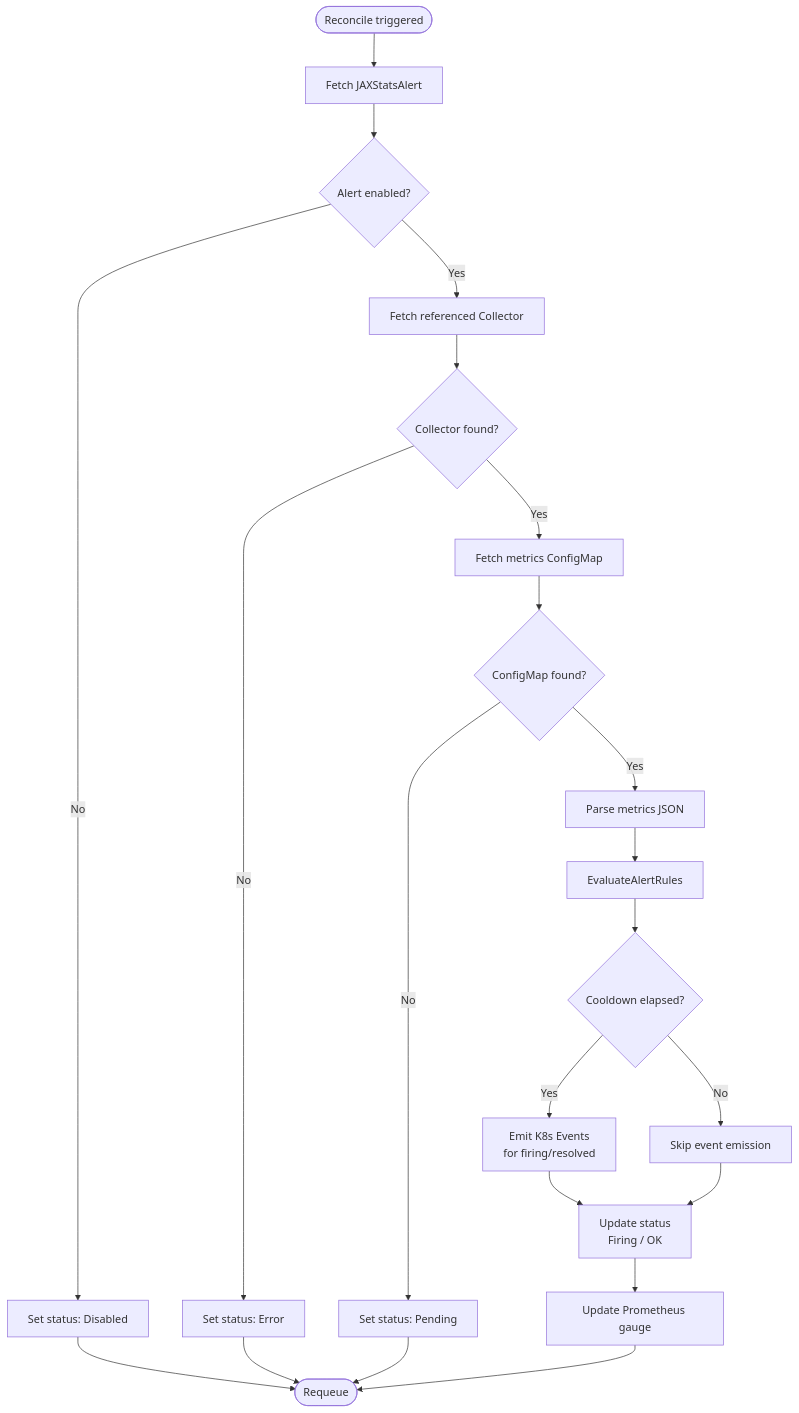
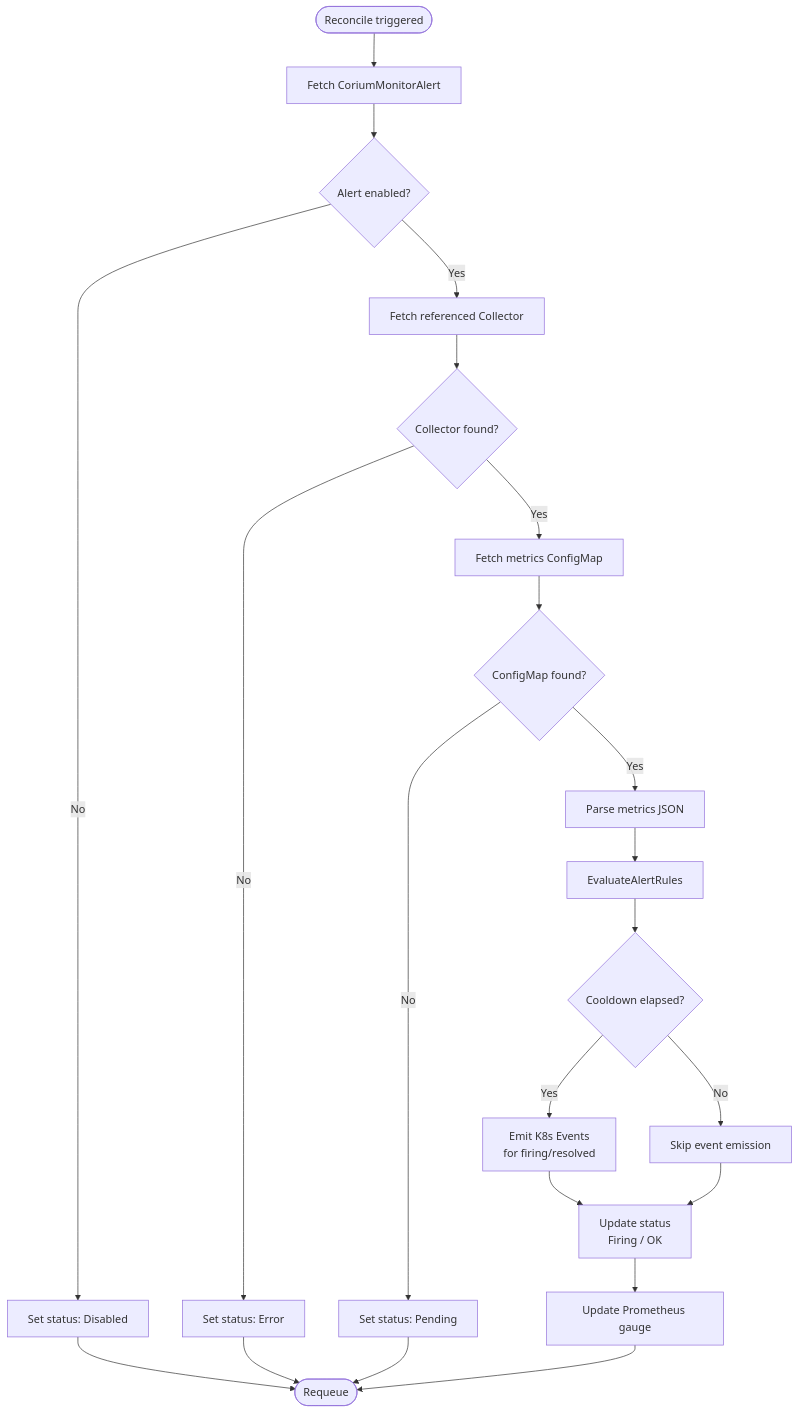
The fourth of 5 diagrams in operator/README.md (rsanandres/corium), drawn with Mermaid before and after one commit. The commit also changed other lines of this file and 111 other files, not shown here.

First line of the commit message:
Rename JaxStats to CoriumMonitor, expand Grafana dashboard, fix demo

````diff
--- a/operator/README.md
+++ b/operator/README.md
@@ -94,27 +100,27 @@
 ```mermaid
 flowchart TD
-    START([Reconcile triggered]) --> FETCH[Fetch JAXStatsAlert]
+    START([Reconcile triggered]) --> FETCH[Fetch CoriumMonitorAlert]
     FETCH --> ENABLED{Alert enabled?}
     ENABLED -->|No| DISABLED[Set status: Disabled]
     DISABLED --> DONE([Requeue])
 
     ENABLED -->|Yes| GETCOL[Fetch referenced Collector]
     GETCOL --> COLOK{Collector found?}
     COLOK -->|No| ERROR1[Set status: Error]
     ERROR1 --> DONE
 
     COLOK -->|Yes| GETCM[Fetch metrics ConfigMap]
     GETCM --> CMOK{ConfigMap found?}
     CMOK -->|No| PENDING[Set status: Pending]
     PENDING --> DONE
 
     CMOK -->|Yes| PARSE[Parse metrics JSON]
     PARSE --> EVAL[EvaluateAlertRules]
     EVAL --> COOL{Cooldown elapsed?}
     COOL -->|Yes| EMIT[Emit K8s Events\nfor firing/resolved]
     COOL -->|No| SKIP[Skip event emission]
     EMIT --> STATUS
     SKIP --> STATUS[Update status\nFiring / OK]
     STATUS --> PROM[Update Prometheus gauge]
     PROM --> DONE
 ```
````
